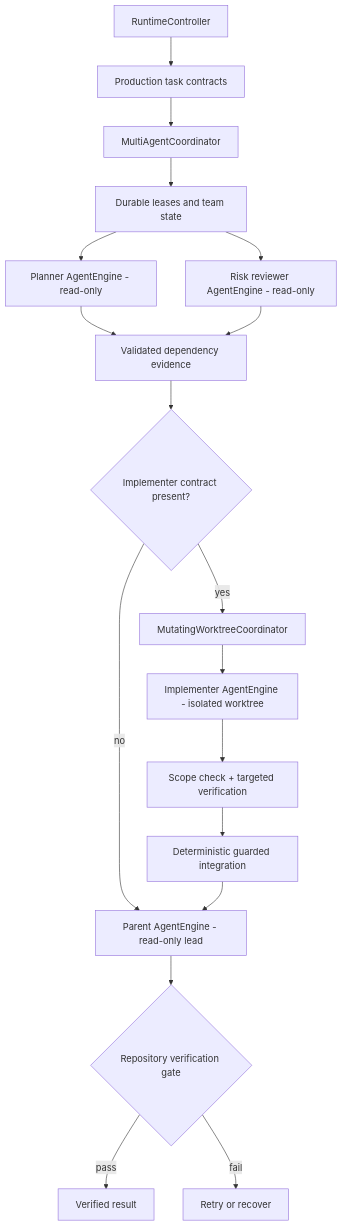
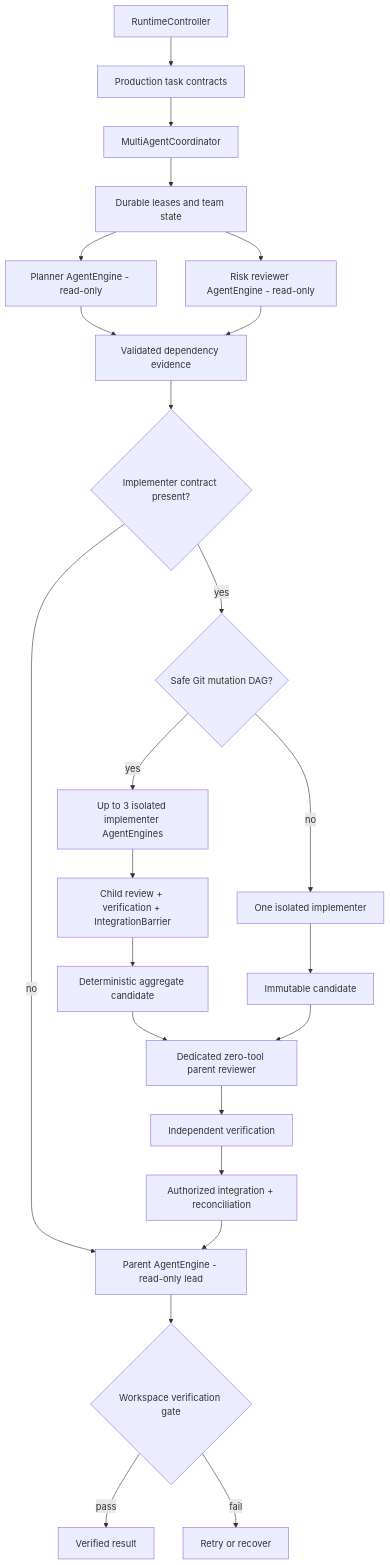
Before and after one commit to benclawbot/Medusa: the third of 5 diagrams in docs/ARCHITECTURE.md, drawn with Mermaid. The commit also changed other lines of this file, not shown here.

Commit message:
docs: align architecture with workspace-aware parallel execution

````diff
--- a/docs/ARCHITECTURE.md
+++ b/docs/ARCHITECTURE.md
@@ -81,20 +98,26 @@
 ```mermaid
 flowchart TD
     C[RuntimeController] --> P[Production task contracts]
     P --> O[MultiAgentCoordinator]
     O --> L[Durable leases and team state]
     L --> A[Planner AgentEngine - read-only]
     L --> R[Risk reviewer AgentEngine - read-only]
     A --> E[Validated dependency evidence]
     R --> E
     E --> Q{Implementer contract present?}
-    Q -->|yes| W[MutatingWorktreeCoordinator]
-    W --> I[Implementer AgentEngine - isolated worktree]
-    I --> S[Scope check + targeted verification]
-    S --> X[Deterministic guarded integration]
     Q -->|no| Parent[Parent AgentEngine - read-only lead]
-    X --> Parent
-    Parent --> G{Repository verification gate}
+    Q -->|yes| W{Safe Git mutation DAG?}
+    W -->|yes| Children[Up to 3 isolated implementer AgentEngines]
+    Children --> Barrier[Child review + verification + IntegrationBarrier]
+    Barrier --> Aggregate[Deterministic aggregate candidate]
+    W -->|no| Single[One isolated implementer]
+    Single --> Candidate[Immutable candidate]
+    Aggregate --> Review[Dedicated zero-tool parent reviewer]
+    Candidate --> Review
+    Review --> Verify[Independent verification]
+    Verify --> Integrate[Authorized integration + reconciliation]
+    Integrate --> Parent
+    Parent --> G{Workspace verification gate}
     G -->|pass| Done[Verified result]
     G -->|fail| Fix[Retry or recover]
 ```
````
